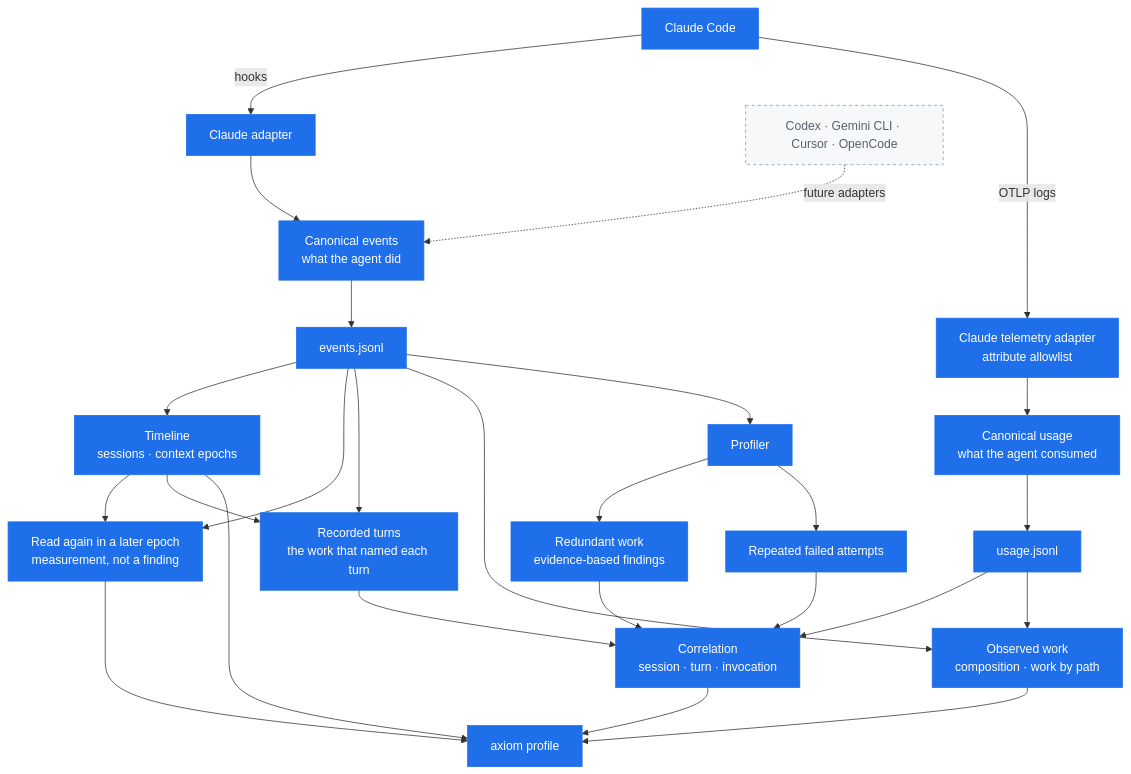
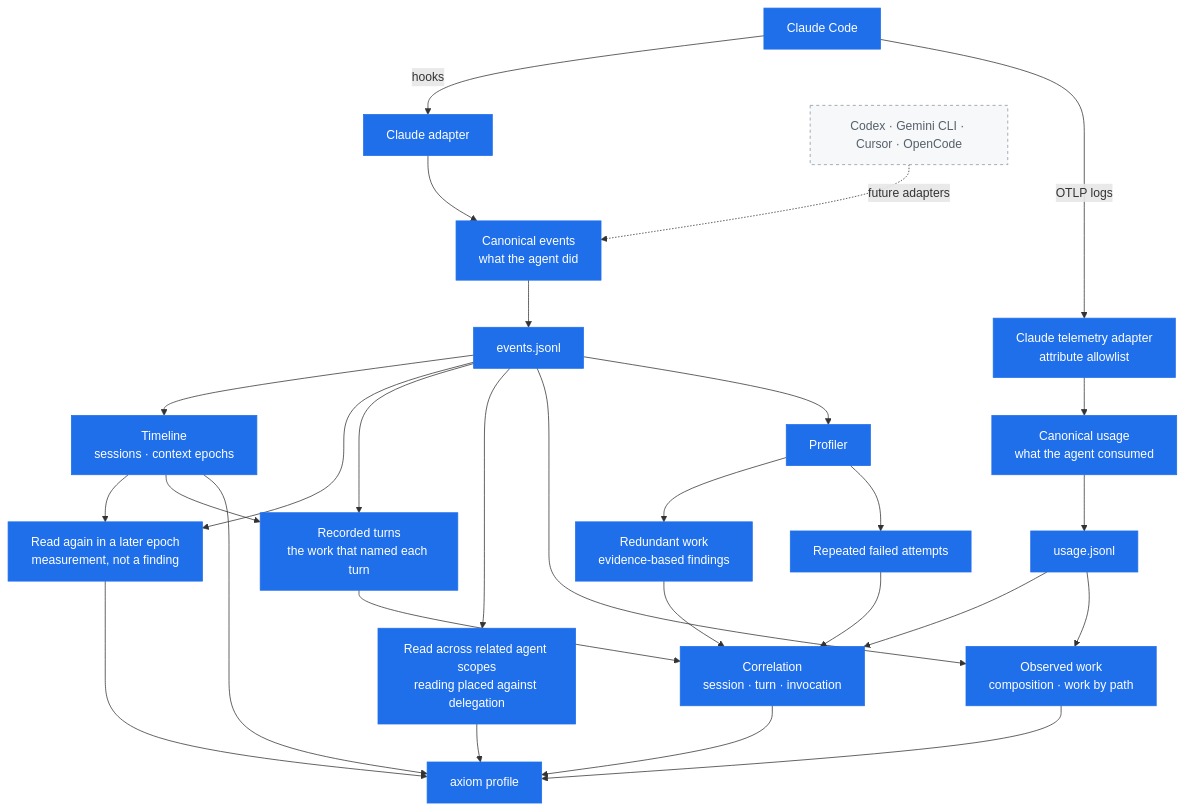
Before and after one commit to exequieldeferrari/axiom: the first of 2 diagrams in README.md, drawn with Mermaid. The commit also changed other lines of this file and 11 other files, not shown here.

Commit message:
feat(profile): report reads across related agent scopes

````diff
--- a/README.md
+++ b/README.md
@@ -92,35 +92,37 @@
 ```mermaid
 flowchart TD
     Claude["Claude Code"] -->|hooks| Adapter["Claude adapter"]
     Claude -->|OTLP logs| Telemetry["Claude telemetry adapter<br/>attribute allowlist"]
     Future["Codex · Gemini CLI · Cursor · OpenCode"] -.->|future adapters| Events
 
     Adapter --> Events["Canonical events<br/>what the agent did"]
     Telemetry --> Usage["Canonical usage<br/>what the agent consumed"]
     Events --> EventLog["events.jsonl"]
     Usage --> UsageLog["usage.jsonl"]
 
     EventLog --> Timeline["Timeline<br/>sessions · context epochs"]
     Timeline --> Reacquire["Read again in a later epoch<br/>measurement, not a finding"]
     EventLog --> Reacquire
     Timeline --> Turns["Recorded turns<br/>the work that named each turn"]
     EventLog --> Turns
+    EventLog --> CrossRead["Read across related agent scopes<br/>reading placed against delegation"]
+    CrossRead --> CLI
     EventLog --> Activity["Observed work<br/>composition · work by path"]
     EventLog --> Profiler["Profiler"]
     Profiler --> Redundant["Redundant work<br/>evidence-based findings"]
     Profiler --> Failures["Repeated failed attempts"]
     Redundant --> Correlate["Correlation<br/>session · turn · invocation"]
     Failures --> Correlate
     Turns --> Correlate
     UsageLog --> Correlate
     Correlate --> CLI["axiom profile"]
     Activity --> CLI
     Timeline --> CLI
     Reacquire --> CLI
     UsageLog --> Activity
 
     classDef built fill:#1f6feb,stroke:#1f6feb,color:#ffffff
     classDef planned fill:#f6f8fa,stroke:#8b949e,color:#57606a,stroke-dasharray:4 4
-    class Claude,Adapter,Telemetry,Events,Usage,EventLog,UsageLog,Timeline,Reacquire,Turns,Activity,Profiler,Redundant,Failures,Correlate,CLI built
+    class Claude,Adapter,Telemetry,Events,Usage,EventLog,UsageLog,Timeline,Reacquire,Turns,CrossRead,Activity,Profiler,Redundant,Failures,Correlate,CLI built
     class Future planned
 ```
````
